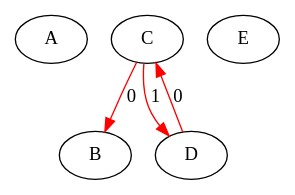
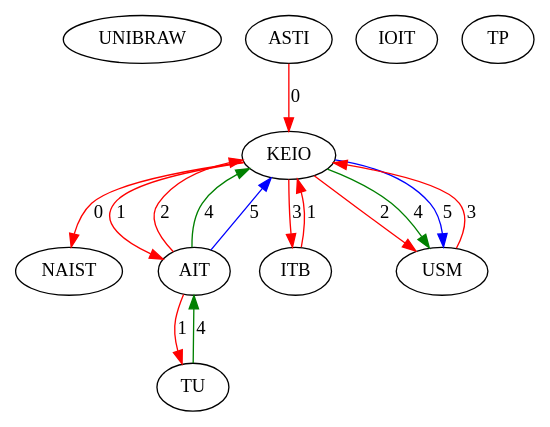
One commit to Hebbe1234/ExpectAll changed the diagram in src/assignedGraphs/assigned.dot. Above: the diagram before and after it, drawn with Graphviz. The commit also changed 2 other files, not shown here.

```diff
--- a/src/assignedGraphs/assigned.dot
+++ b/src/assignedGraphs/assigned.dot
@@ -1,10 +1,26 @@
-digraph "G" {
-A [id=0];
-B [id=1];
-C [id=2];
-D [id=3];
-E [id=4];
-C -> B  [color=red, key=0, label=0];
-C -> D  [color=red, key=0, label=1];
-D -> C  [color=red, key=0, label=0];
+digraph  {
+0 [Internal=1, id=0, label=UNIBRAW];
+1 [Internal=1, id=1, label=NAIST];
+2 [Internal=1, id=2, label=KEIO];
+3 [Internal=1, id=3, label=IOIT];
+4 [Internal=1, id=4, label=ASTI];
+5 [Internal=1, id=5, label=TU];
+6 [Internal=1, id=6, label=AIT];
+7 [Internal=1, id=7, label=ITB];
+8 [Internal=1, id=8, label=TP];
+9 [Internal=1, id=9, label=USM];
+2 -> 1  [color=red, key=0, label=0];
+2 -> 6  [color=red, key=0, label=1];
+2 -> 7  [color=red, key=0, label=3];
+2 -> 9  [color=red, key=0, label=2];
+2 -> 9  [color=green, key=1, label=4];
+2 -> 9  [color=blue, key=2, label=5];
+4 -> 2  [color=red, key=0, label=0];
+5 -> 6  [color=green, key=0, label=4];
+6 -> 2  [color=red, key=0, label=2];
+6 -> 2  [color=green, key=1, label=4];
+6 -> 2  [color=blue, key=2, label=5];
+6 -> 5  [color=red, key=0, label=1];
+7 -> 2  [color=red, key=0, label=1];
+9 -> 2  [color=red, key=0, label=3];
 }
```
